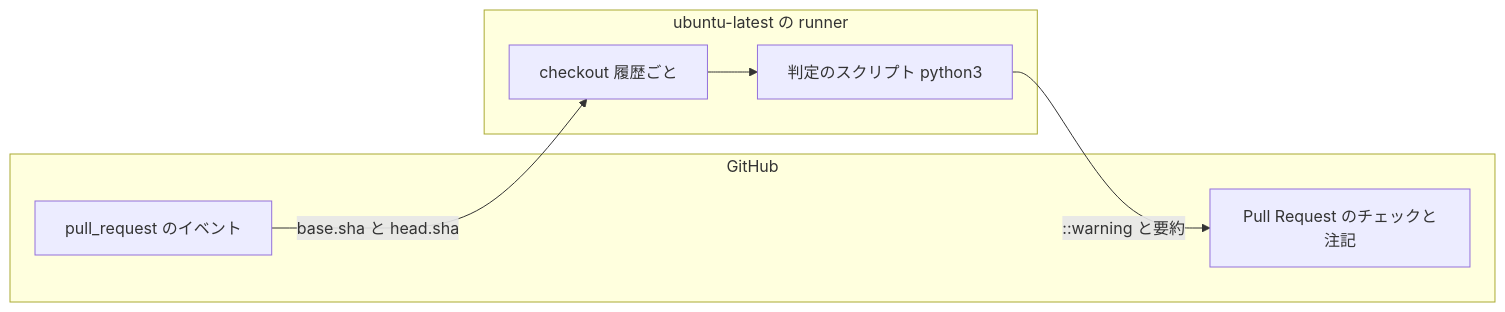
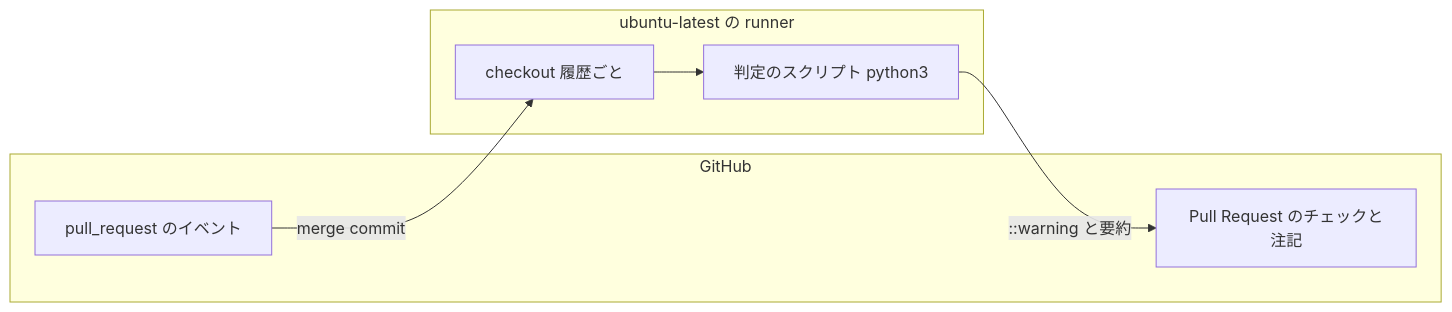
One commit to devbasex/devbase changed the second of 4 diagrams in issues/issue-335-design.md. Above: the diagram before and after it, drawn with Mermaid. The commit also changed other lines of this file, not shown here.

First line of the commit message:
docs(issue-335): 差分を merge commit の 2 つの親から取る

````diff
--- a/issues/issue-335-design.md
+++ b/issues/issue-335-design.md
@@ -143,14 +144,14 @@
 ```mermaid
 graph LR
     subgraph GitHub
         E[pull_request のイベント]
         P[Pull Request のチェックと注記]
     end
     subgraph RUN["ubuntu-latest の runner"]
         C[checkout 履歴ごと]
         S[判定のスクリプト python3]
     end
-    E -->|base.sha と head.sha| C
+    E -->|merge commit| C
     C --> S
     S -->|"::warning と要約"| P
 ```
````
